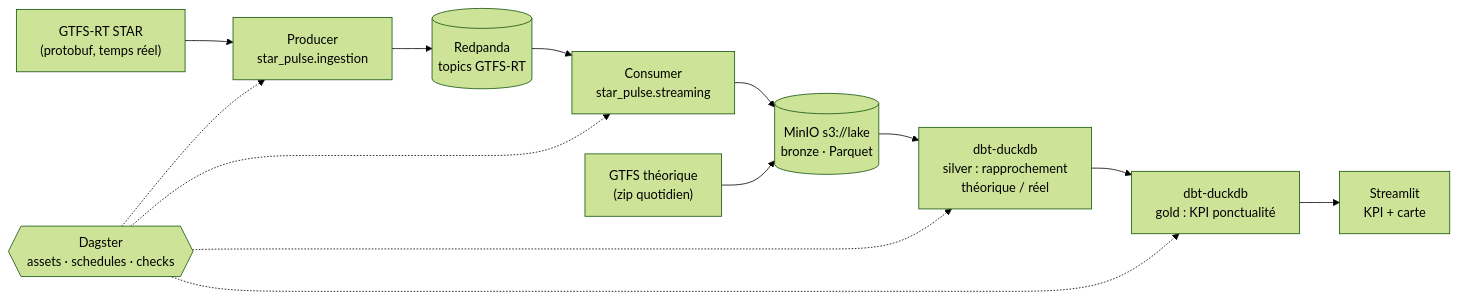
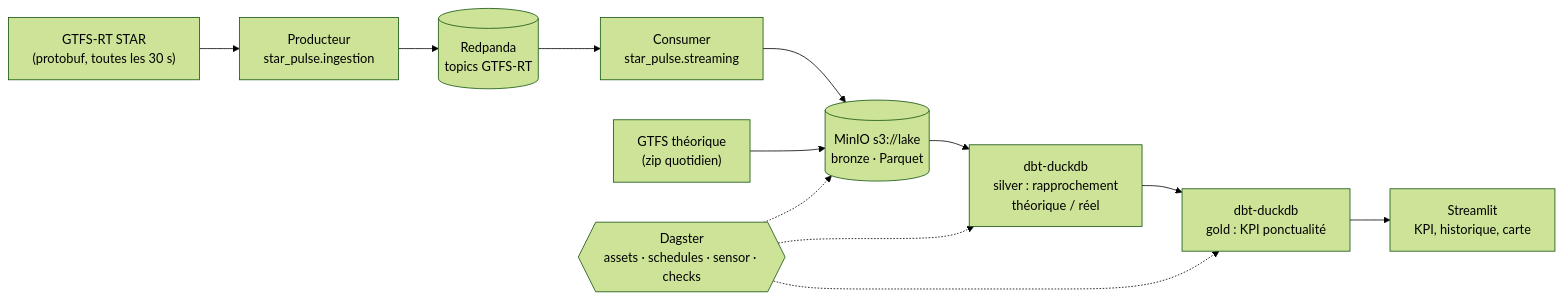
The diagram in README.md (TLxFroSt/star-pulse), drawn with Mermaid (forest theme) before and after one commit. The commit also changed other lines of this file and 17 other files, not shown here.

````diff
--- a/README.md
+++ b/README.md
@@ -15,12 +34,12 @@
 ```mermaid
 flowchart LR
-    RT["GTFS-RT STAR<br/>(protobuf, temps réel)"] --> P["Producer<br/>star_pulse.ingestion"]
+    RT["GTFS-RT STAR<br/>(protobuf, toutes les 30 s)"] --> P["Producteur<br/>star_pulse.ingestion"]
     P --> K[("Redpanda<br/>topics GTFS-RT")]
     K --> C["Consumer<br/>star_pulse.streaming"]
     C --> B[("MinIO s3://lake<br/>bronze · Parquet")]
     GTFS["GTFS théorique<br/>(zip quotidien)"] --> B
     B --> S["dbt-duckdb<br/>silver : rapprochement<br/>théorique / réel"]
     S --> G["dbt-duckdb<br/>gold : KPI ponctualité"]
-    G --> D["Streamlit<br/>KPI + carte"]
-    O{{"Dagster<br/>assets · schedules · checks"}} -.-> P & C & S & G
+    G --> D["Streamlit<br/>KPI, historique, carte"]
+    O{{"Dagster<br/>assets · schedules · sensor · checks"}} -.-> B & S & G
 ```
````
